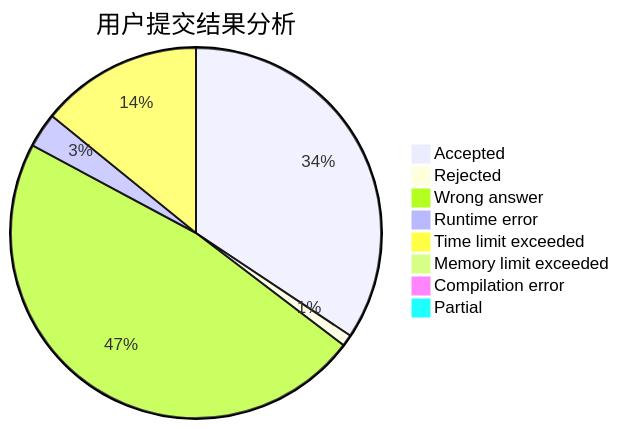
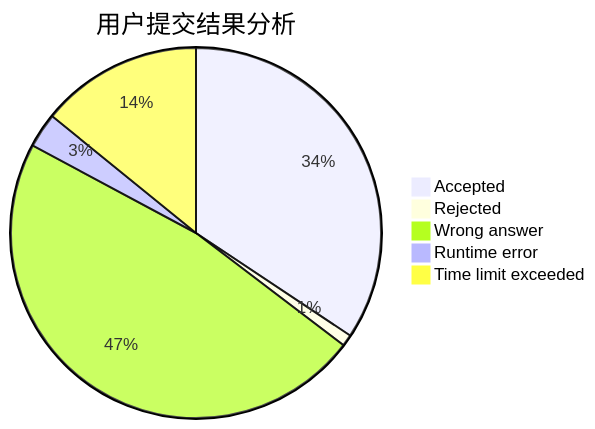
The first of 3 diagrams in docs/user/u4.md (sherpahu/cfrs.github.io), drawn with Mermaid before and after one commit. The commit also changed other lines of this file and 2770 other files, not shown here.

````diff
--- a/docs/user/u4.md
+++ b/docs/user/u4.md
@@ -5,11 +5,8 @@
 ```mermaid
 pie title 用户提交结果分析
     "Accepted" :  34
     "Rejected" :  1
     "Wrong answer" :  47
     "Runtime error" :  3
     "Time limit exceeded" :  14
-    "Memory limit exceeded" :  0
-    "Compilation error" :  0
-    "Partial" :  0
 ```
````
